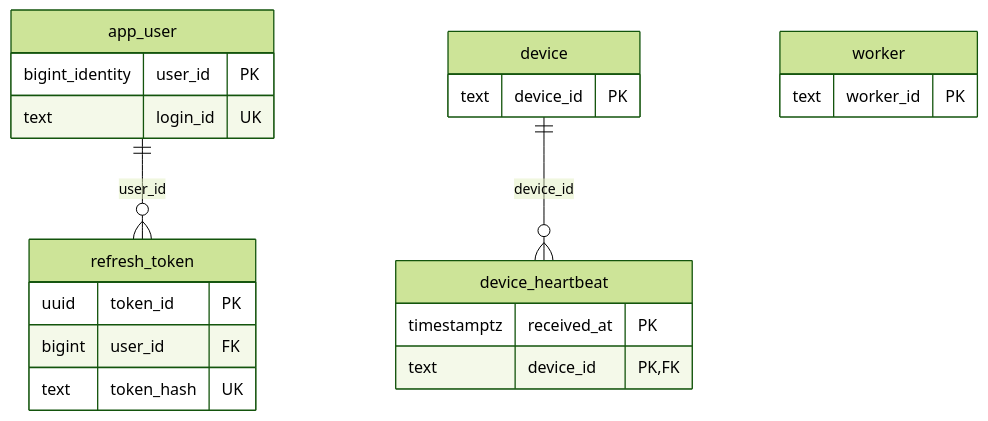
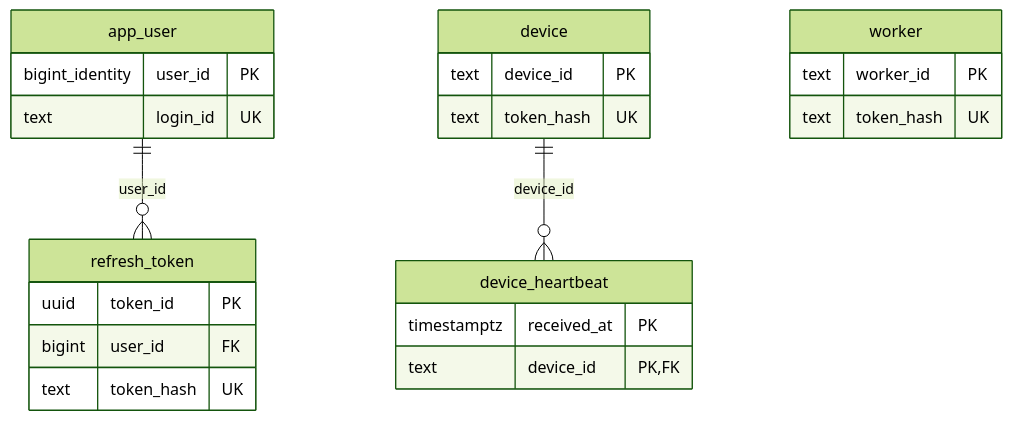
One commit to Janjonghwa/simai changed the second of 13 diagrams in docs/design/db-erd.md. Above: the diagram before and after it, drawn with Mermaid (forest theme). The commit also changed other lines of this file and 2 other files, not shown here.

Commit message:
[S15P31A101-318] DB 표 정의와 ERD 를 마이그레이션 V1~V13 에 맞춘다(새 테이블 5개 절, 컬럼·유일 키 추가, 전체 관계를 실제 51개 테이블로)

````diff
--- a/docs/design/db-erd.md
+++ b/docs/design/db-erd.md
@@ -85,24 +90,26 @@
 ```mermaid
 erDiagram
     app_user {
         bigint_identity user_id PK
         text login_id UK
     }
     refresh_token {
         uuid token_id PK
         bigint user_id FK
         text token_hash UK
     }
     device {
         text device_id PK
+        text token_hash UK
     }
     device_heartbeat {
         timestamptz received_at PK
         text device_id PK,FK
     }
     worker {
         text worker_id PK
+        text token_hash UK
     }
     app_user ||--o{ refresh_token : "user_id"
     device ||--o{ device_heartbeat : "device_id"
 ```
````
